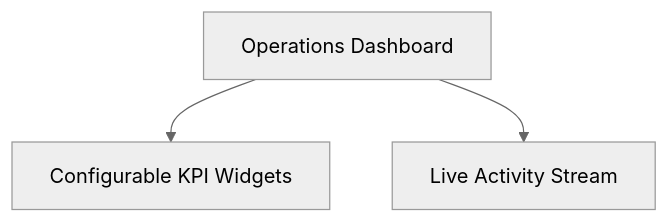
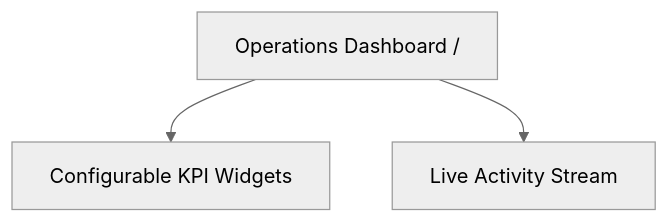
The diagram in docs/user/dashboard.md (herobmdotcom/herobm), drawn with Mermaid (neutral theme) before and after one commit. The commit also changed other lines of this file and 22 other files, not shown here.

````diff
--- a/docs/user/dashboard.md
+++ b/docs/user/dashboard.md
@@ -32,5 +34,5 @@
 ```mermaid
 flowchart TD
-    D[Operations Dashboard] --> K1[Configurable KPI Widgets]
+    D[Operations Dashboard /] --> K1[Configurable KPI Widgets]
     D --> K4[Live Activity Stream]
 ```
````
